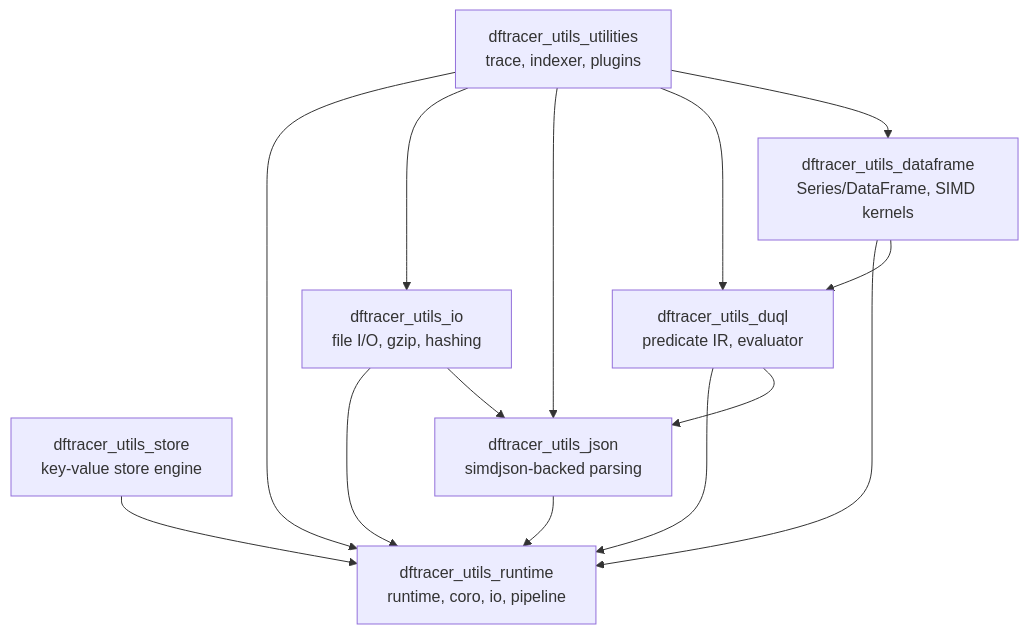
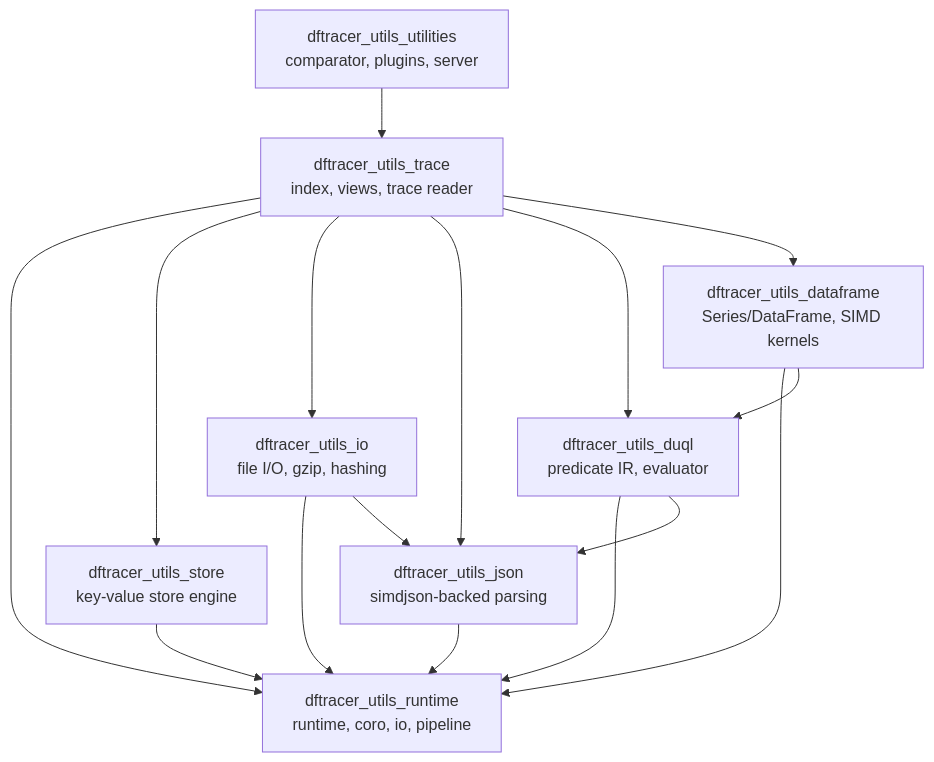
The first of 2 diagrams in docs/source/concepts/architecture.rst (llnl-asr/dftracer-utils), drawn with Mermaid before and after one commit. The commit also changed other lines of this file and 12 other files, not shown here.

First line of the commit message:
build: split the trace library out of utilities and clean the install

```diff
--- a/docs/source/concepts/architecture.rst
+++ b/docs/source/concepts/architecture.rst
@@ -46,23 +50,26 @@
 .. mermaid::
 
    graph TB
        Runtime["dftracer_utils_runtime<br/>runtime, coro, io, pipeline"]
        Store["dftracer_utils_store<br/>key-value store engine"]
        Io["dftracer_utils_io<br/>file I/O, gzip, hashing"]
        Json["dftracer_utils_json<br/>simdjson-backed parsing"]
        Query["dftracer_utils_duql<br/>predicate IR, evaluator"]
        DF["dftracer_utils_dataframe<br/>Series/DataFrame, SIMD kernels"]
-       Util["dftracer_utils_utilities<br/>trace, indexer, plugins"]
+       Trace["dftracer_utils_trace<br/>index, views, trace reader"]
+       Util["dftracer_utils_utilities<br/>comparator, plugins, server"]
        Store --> Runtime
        Io --> Runtime
        Io --> Json
        Json --> Runtime
        Query --> Runtime
        Query --> Json
        DF --> Runtime
        DF --> Query
-       Util --> Runtime
-       Util --> Io
-       Util --> Json
-       Util --> Query
-       Util --> DF
+       Trace --> Runtime
+       Trace --> Store
+       Trace --> Io
+       Trace --> Json
+       Trace --> Query
+       Trace --> DF
+       Util --> Trace
```
